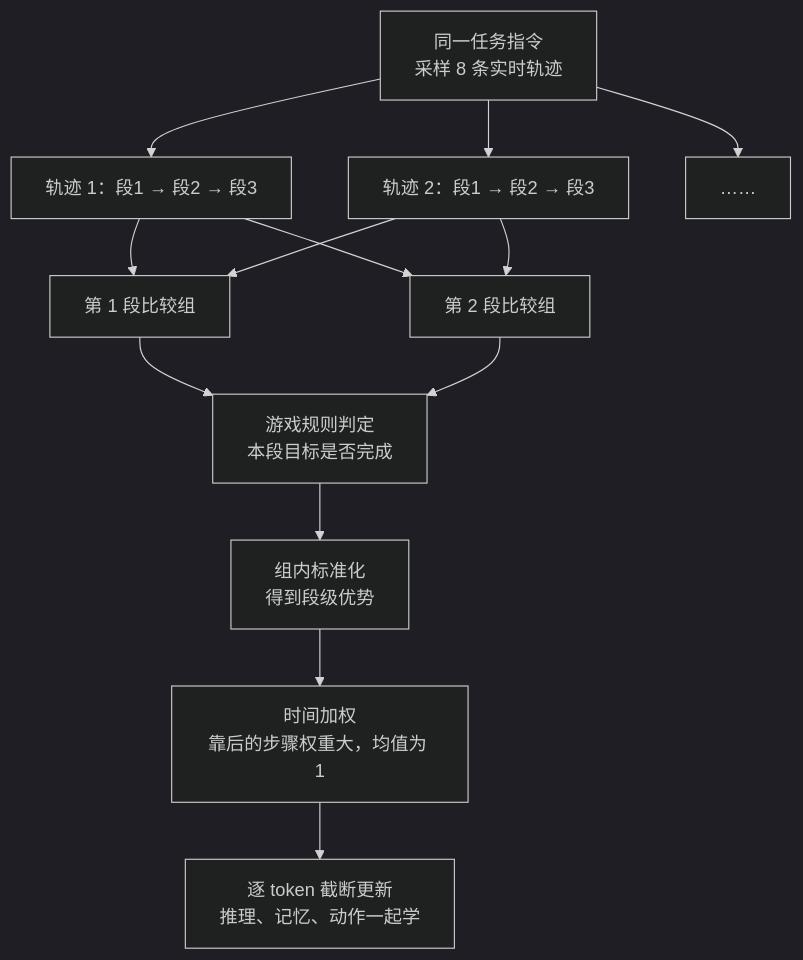
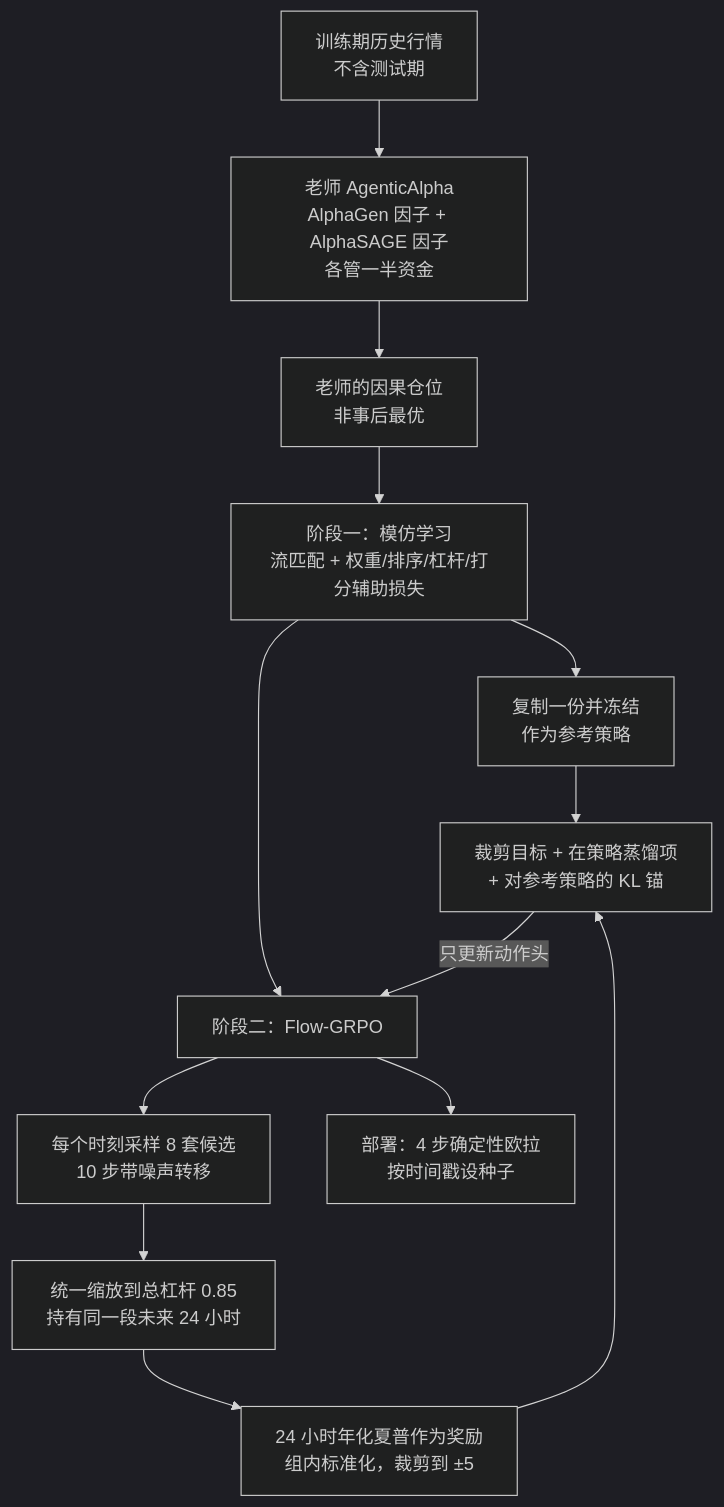
One commit to yingwang/paper-reads changed the third of 5 diagrams in docs/index.md. Above: the diagram before and after it, drawn with Mermaid (dark theme). The commit also changed other lines of this file and 2 other files, not shown here.

First line of the commit message:
Add 2026-11-17-allocflow-end-to-end-portfolio-flow-matching

````diff
--- a/docs/index.md
+++ b/docs/index.md
@@ -193,15 +209,15 @@
 ```mermaid
 graph TD
-    T["同一任务指令<br/>采样 8 条实时轨迹"] --> R1["轨迹 1：段1 → 段2 → 段3"]
-    T --> R2["轨迹 2：段1 → 段2 → 段3"]
-    T --> R3["……"]
-    R1 --> G1["第 1 段比较组"]
-    R2 --> G1
-    R1 --> G2["第 2 段比较组"]
-    R2 --> G2
-    G1 --> V["游戏规则判定<br/>本段目标是否完成"]
-    G2 --> V
-    V --> A["组内标准化<br/>得到段级优势"]
-    A --> W["时间加权<br/>靠后的步骤权重大，均值为 1"]
-    W --> U["逐 token 截断更新<br/>推理、记忆、动作一起学"]
+    D["训练期历史行情<br/>不含测试期"] --> T["老师 AgenticAlpha<br/>AlphaGen 因子 + AlphaSAGE 因子<br/>各管一半资金"]
+    T --> DM["老师的因果仓位<br/>非事后最优"]
+    DM --> IL["阶段一：模仿学习<br/>流匹配 + 权重/排序/杠杆/打分辅助损失"]
+    IL --> REF["复制一份并冻结<br/>作为参考策略"]
+    IL --> S["阶段二：Flow-GRPO"]
+    S --> S1["每个时刻采样 8 套候选<br/>10 步带噪声转移"]
+    S1 --> S2["统一缩放到总杠杆 0.85<br/>持有同一段未来 24 小时"]
+    S2 --> S3["24 小时年化夏普作为奖励<br/>组内标准化，裁剪到 ±5"]
+    S3 --> S4["裁剪目标 + 在策略蒸馏项<br/>+ 对参考策略的 KL 锚"]
+    REF --> S4
+    S4 -->|"只更新动作头"| S
+    S --> DEP["部署：4 步确定性欧拉<br/>按时间戳设种子"]
 ```
````
